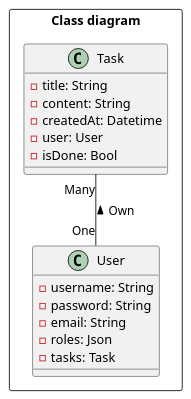
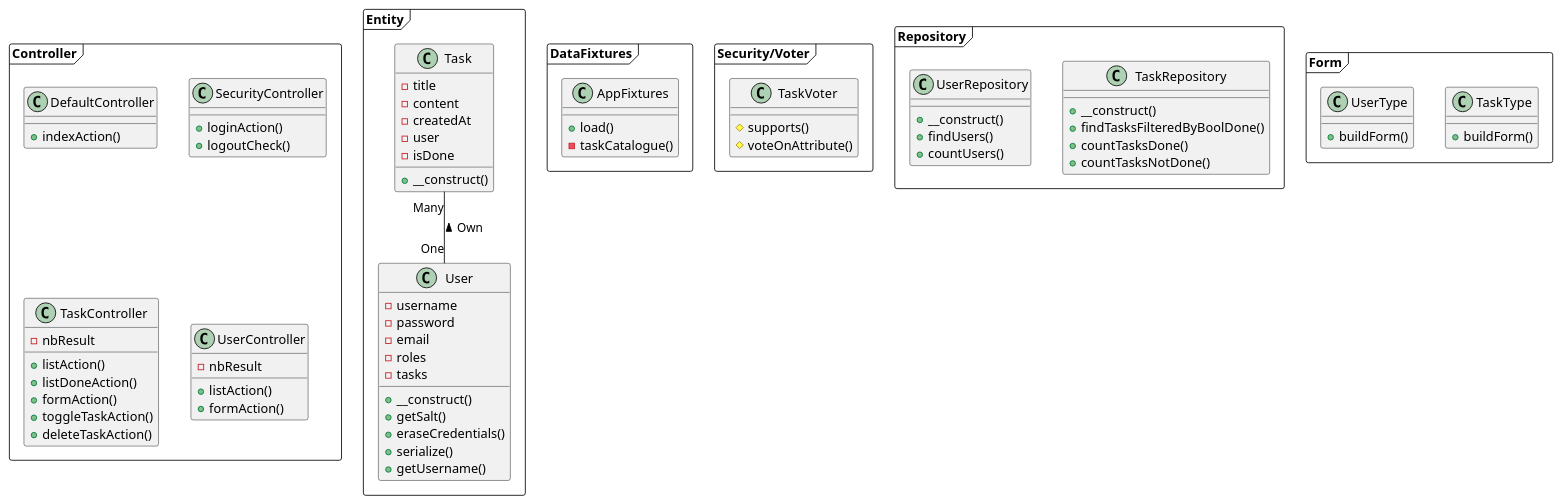
One commit to SilencyDev/TodoList-sf5 changed the diagram in docs/uml/Class diagram.puml. Above: the diagram before and after it, drawn with PlantUML. The commit also changed 1 other file, not shown here.

Commit message:
fix: UML class was a data model duplicate

```diff
--- a/docs/uml/Class diagram.puml
+++ b/docs/uml/Class diagram.puml
@@ -1,24 +1,106 @@
 @startuml Class diagram
 
-rectangle "Class diagram" {
-
+package Entity <<Frame>> {
     Class Task {
-        - title: String
-        - content: String
-        - createdAt: Datetime
-        - user: User
-        - isDone: Bool
+        - title
+        - content
+        - createdAt
+        - user
+        - isDone
+        __
+        + __construct()
     }
 
     Class User {
-        - username: String
-        - password: String
-        - email: String
-        - roles: Json
-        - tasks: Task
+        - username
+        - password
+        - email
+        - roles
+        - tasks
+        __
+        + __construct()
+        + getSalt()
+        + eraseCredentials()
+        + serialize()
+        + getUsername()
+    }
+}
+
+package Controller <<Frame>> {
+    Class DefaultController {
+        __
+        + indexAction()
+    }
+
+    Class SecurityController {
+        __
+        + loginAction()
+        + logoutCheck()
+    }
+
+    Class TaskController {
+        - nbResult
+        __
+        + listAction()
+        + listDoneAction()
+        + formAction()
+        + toggleTaskAction()
+        + deleteTaskAction()
+    }
+
+    Class UserController {
+        - nbResult
+        __
+        + listAction()
+        + formAction()
+    }
+}
+
+package DataFixtures <<Frame>> {
+    Class AppFixtures {
+        __
+        + load()
+        - taskCatalogue()
+    }
+}
+
+package Security/Voter <<Frame>> {
+    Class TaskVoter {
+        __
+        # supports()
+        # voteOnAttribute()
+    }
+}
+
+package Repository <<Frame>> {
+    Class TaskRepository {
+        __
+        + __construct()
+        + findTasksFilteredByBoolDone()
+        + countTasksDone()
+        + countTasksNotDone()
+    }
+
+    Class UserRepository {
+        __
+        + __construct()
+        + findUsers()
+        + countUsers()
+    }
+}
+
+package Form <<Frame>> {
+    Class TaskType {
+        __
+        + buildForm()
+    }
+
+    Class UserType {
+        __
+        + buildForm()
     }
 }
 
 Task "Many" -- "One" User : < Own
 
 @enduml
```
